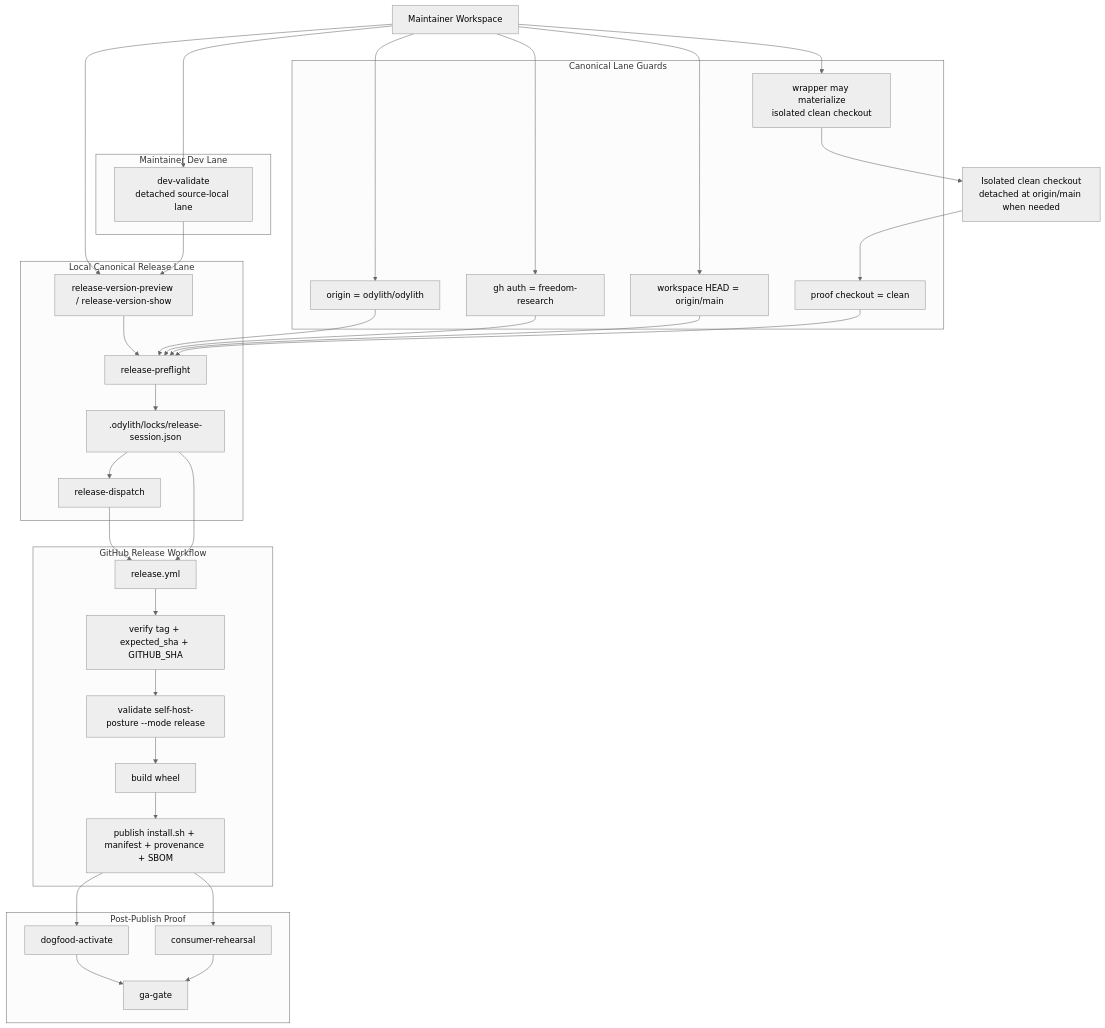
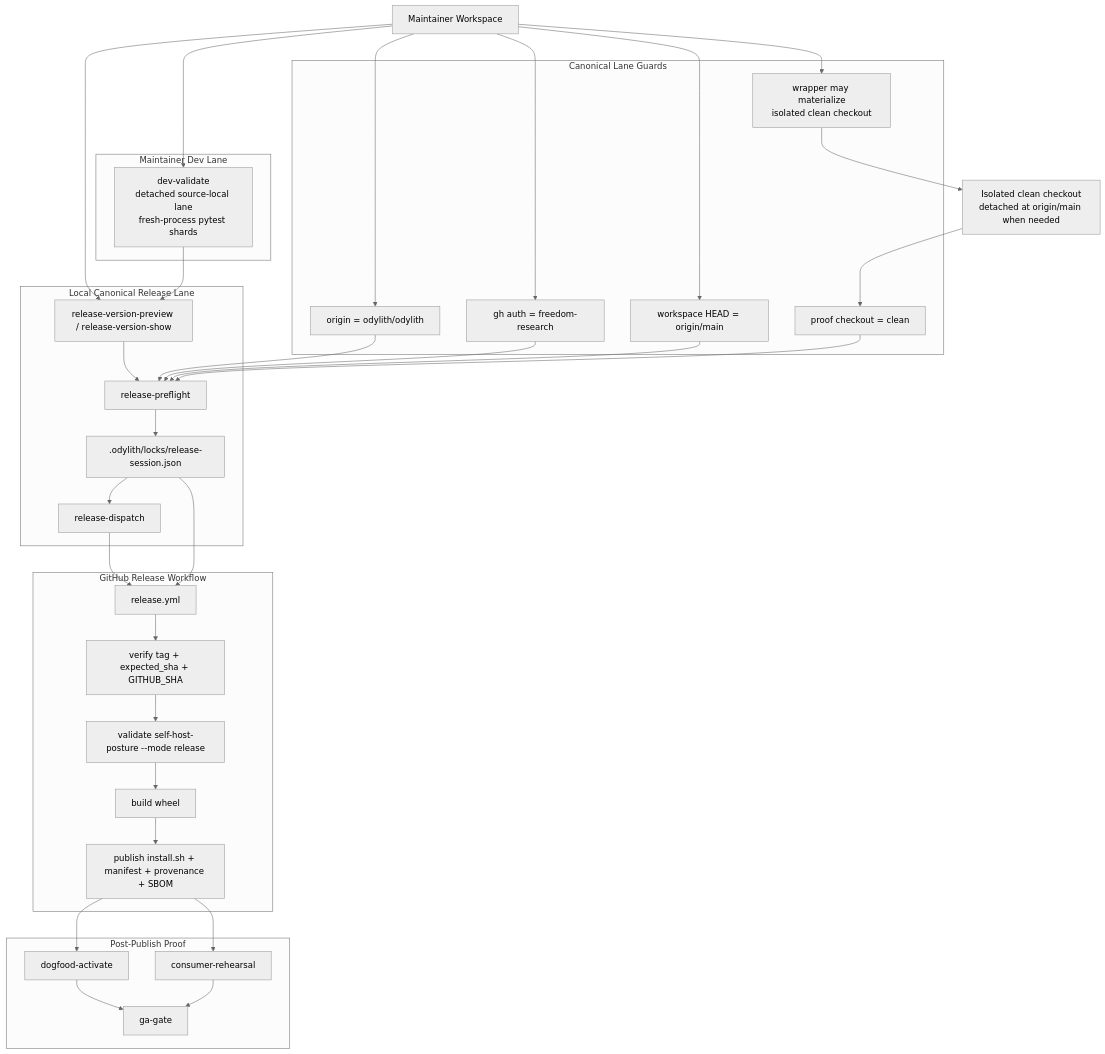
Before and after one commit to odylith/odylith: the diagram in odylith/atlas/source/odylith-canonical-release-version-session-and-publish-lane.mmd, drawn with Mermaid (neutral theme). The commit also changed 78 other files, not shown here.

Commit message:
Isolate canonical pytest validation shards

```diff
--- a/odylith/atlas/source/odylith-canonical-release-version-session-and-publish-lane.mmd
+++ b/odylith/atlas/source/odylith-canonical-release-version-session-and-publish-lane.mmd
@@ -1,67 +1,67 @@
-%% Reviewed 2026-03-30 for isolated clean release-proof checkout and explicit detached source-local validation.
+%% Reviewed 2026-08-03 for deterministic process-isolated full-suite validation and aggregate shard failure reporting.
 flowchart TD
     maintainer["Maintainer Workspace"]
     preview["release-version-preview / release-version-show"]
-    devvalidate["dev-validate<br/>detached source-local lane"]
+    devvalidate["dev-validate<br/>detached source-local lane<br/>fresh-process pytest shards"]
     preflight["release-preflight"]
     session[".odylith/locks/release-session.json"]
     dispatch["release-dispatch"]
     isolated["Isolated clean checkout<br/>detached at origin/main when needed"]
 
     subgraph local["Local Canonical Release Lane"]
         preview --> preflight
         preflight --> session
         session --> dispatch
     end
 
     subgraph dev["Maintainer Dev Lane"]
         devvalidate --> preview
     end
 
     subgraph guards["Canonical Lane Guards"]
         origin["origin = odylith/odylith"]
         actor["gh auth = freedom-research"]
         sync["workspace HEAD = origin/main"]
         clean["proof checkout = clean"]
         detached["wrapper may materialize<br/>isolated clean checkout"]
     end
 
     subgraph publish["GitHub Release Workflow"]
         workflow["release.yml"]
         commit_guard["verify tag + expected_sha + GITHUB_SHA"]
         posture["validate self-host-posture --mode release"]
         build["build wheel"]
         assets["publish install.sh + manifest + provenance + SBOM"]
     end
 
     subgraph proof["Post-Publish Proof"]
         dogfood["dogfood-activate"]
         consumer["consumer-rehearsal"]
         ga["ga-gate"]
     end
 
     maintainer --> preview
     maintainer --> devvalidate
     maintainer --> origin
     maintainer --> actor
     maintainer --> sync
     maintainer --> detached
     detached --> isolated
     isolated --> clean
 
     origin --> preflight
     actor --> preflight
     clean --> preflight
     sync --> preflight
 
     dispatch --> workflow
     session --> workflow
     workflow --> commit_guard
     commit_guard --> posture
     posture --> build
     build --> assets
 
     assets --> dogfood
     assets --> consumer
     dogfood --> ga
     consumer --> ga
```
